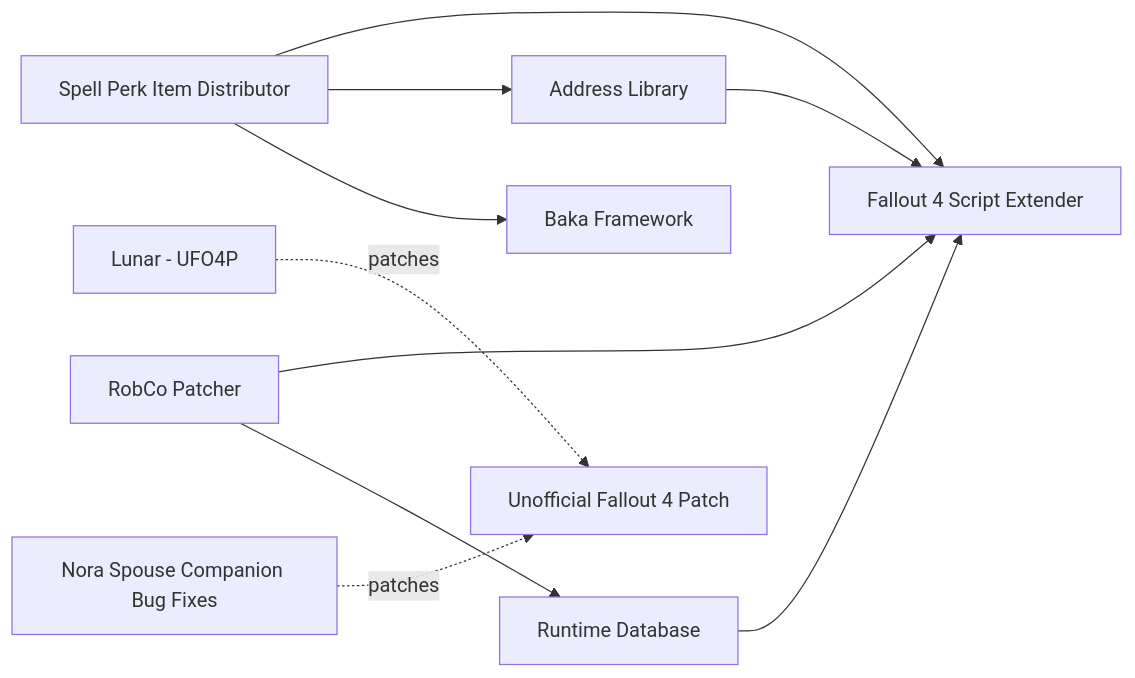
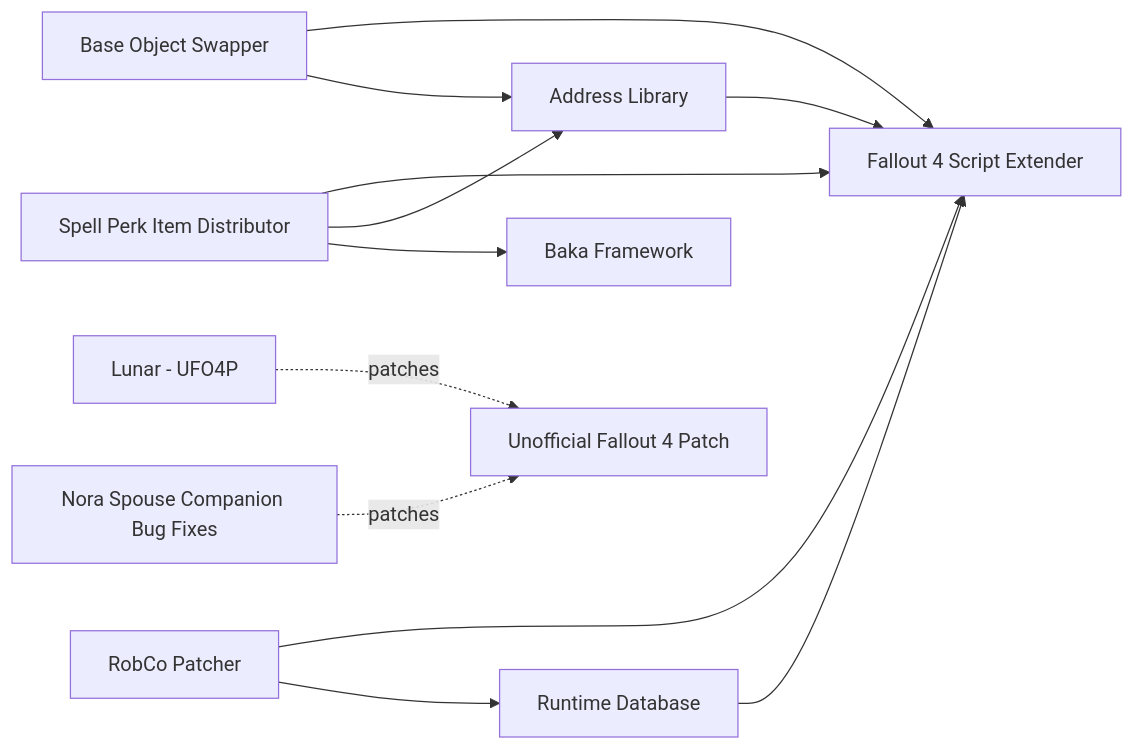
One commit to MorganKryze/fallout4-macos-modding changed the diagram in docs/catalog/base.md. Above: the diagram before and after it, drawn with Mermaid. The commit also changed other lines of this file and 14 other files, not shown here.

````diff
--- a/docs/catalog/base.md
+++ b/docs/catalog/base.md
@@ -38,21 +39,24 @@
 ```mermaid
 graph LR
   address_library["Address Library"]
   baka_framework["Baka Framework"]
+  base_object_swapper["Base Object Swapper"]
   f4se["Fallout 4 Script Extender"]
   lunar_ufo4p_patch["Lunar - UFO4P"]
   nora_spouse_bug_fixes["Nora Spouse Companion Bug Fixes"]
   robco_patcher["RobCo Patcher"]
   runtime_database["Runtime Database"]
   spid["Spell Perk Item Distributor"]
   ufo4p["Unofficial Fallout 4 Patch"]
   address_library --> f4se
   lunar_ufo4p_patch -. patches .-> ufo4p
   nora_spouse_bug_fixes -. patches .-> ufo4p
+  base_object_swapper --> f4se
+  base_object_swapper --> address_library
   robco_patcher --> f4se
   robco_patcher --> runtime_database
   runtime_database --> f4se
   spid --> f4se
   spid --> address_library
   spid --> baka_framework
 ```
````
